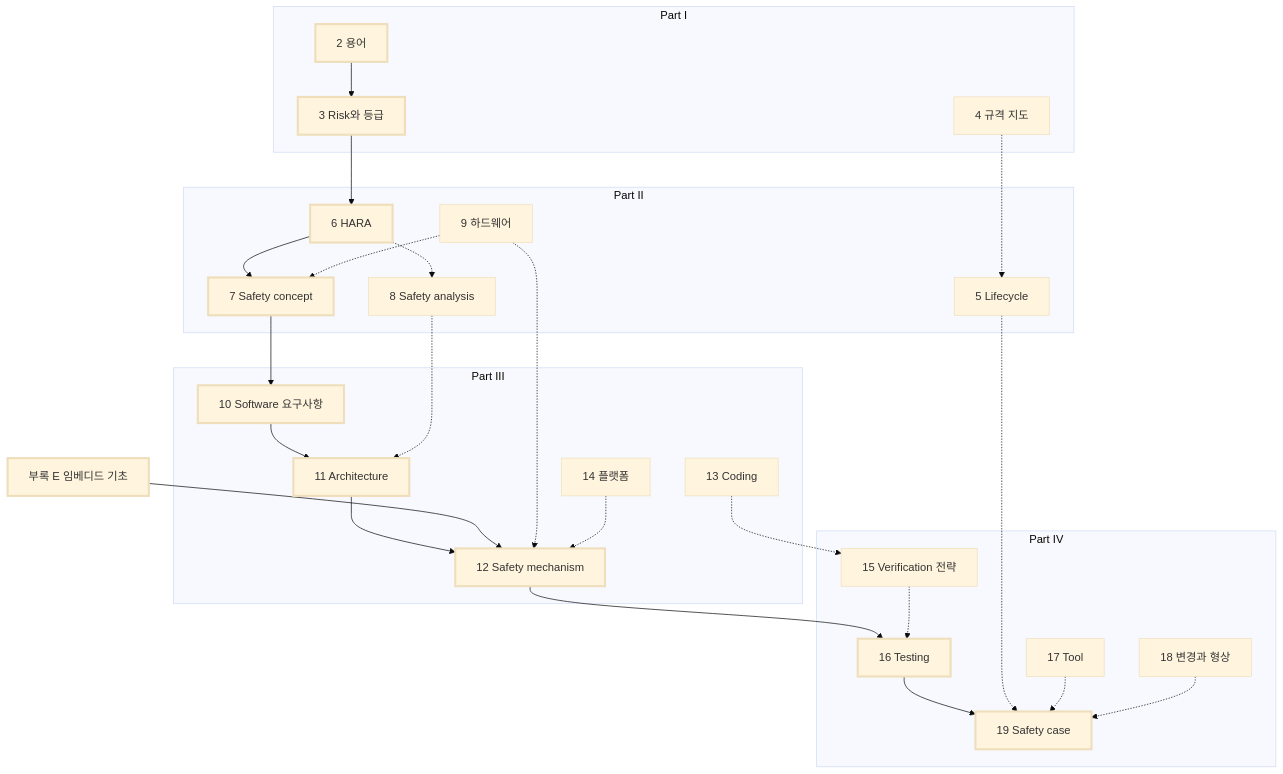
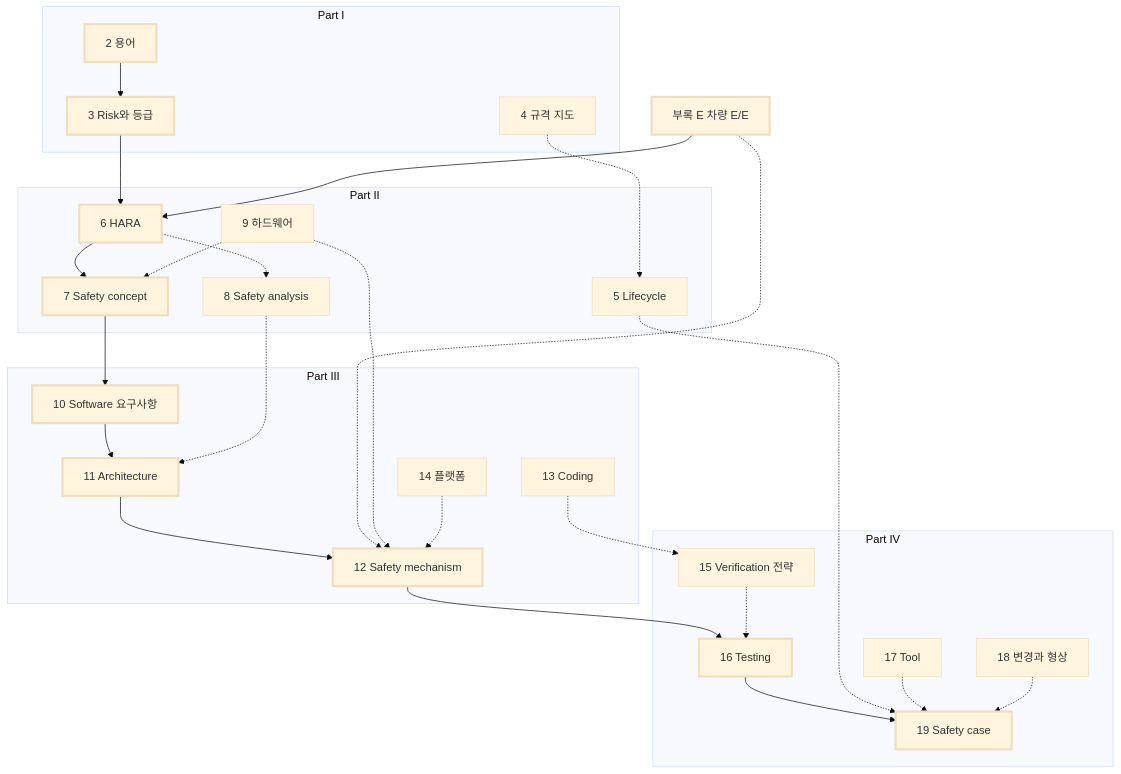
The third of 4 diagrams in PLAN.md (danielhongwoo/fusa), drawn with Mermaid (base theme) before and after one commit. The commit also changed other lines of this file and 31 other files, not shown here.

````diff
--- a/PLAN.md
+++ b/PLAN.md
@@ -183,45 +183,46 @@
 ```mermaid
 flowchart TD
     subgraph P1["Part I"]
         C2["2 용어"] --> C3["3 Risk와 등급"]
         C4["4 규격 지도"]
     end
     subgraph P2["Part II"]
         C5["5 Lifecycle"]
         C6["6 HARA"] --> C7["7 Safety concept"]
         C8["8 Safety analysis"]
         C9["9 하드웨어"]
     end
     subgraph P3["Part III"]
         C10["10 Software 요구사항"] --> C11["11 Architecture"]
         C11 --> C12["12 Safety mechanism"]
         C13["13 Coding"]
         C14["14 플랫폼"]
     end
     subgraph P4["Part IV"]
         C15["15 Verification 전략"]
         C16["16 Testing"]
         C17["17 Tool"]
         C18["18 변경과 형상"]
         C19["19 Safety case"]
     end
-    AE["부록 E 임베디드 기초"]
+    AE["부록 E 차량 E/E"]
     C3 --> C6
     C7 --> C10
     C12 --> C16
     C16 --> C19
-    AE --> C12
+    AE --> C6
+    AE -.-> C12
     C4 -.-> C5
     C5 -.-> C19
     C6 -.-> C8
     C8 -.-> C11
     C9 -.-> C7
     C9 -.-> C12
     C14 -.-> C12
     C13 -.-> C15
     C15 -.-> C16
     C17 -.-> C19
     C18 -.-> C19
     classDef phase1 stroke-width:3px
     class C2,C3,C6,C7,C10,C11,C12,C16,C19,AE phase1
 ```
````
